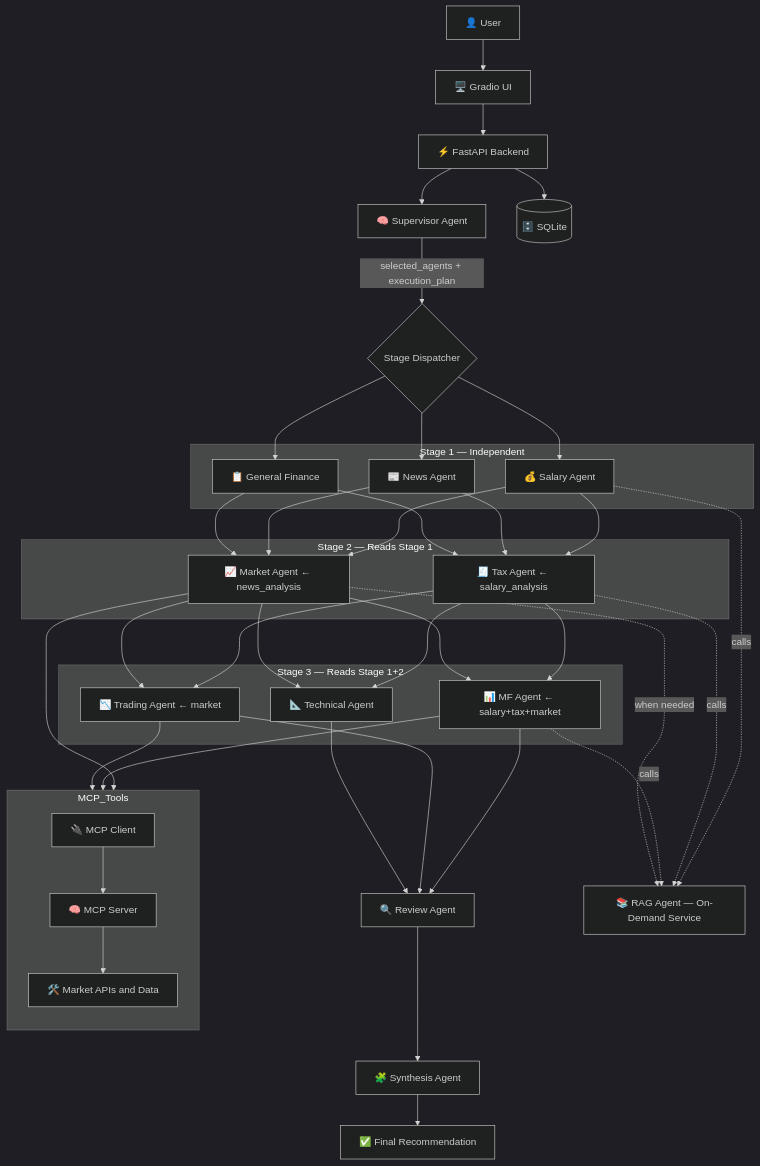
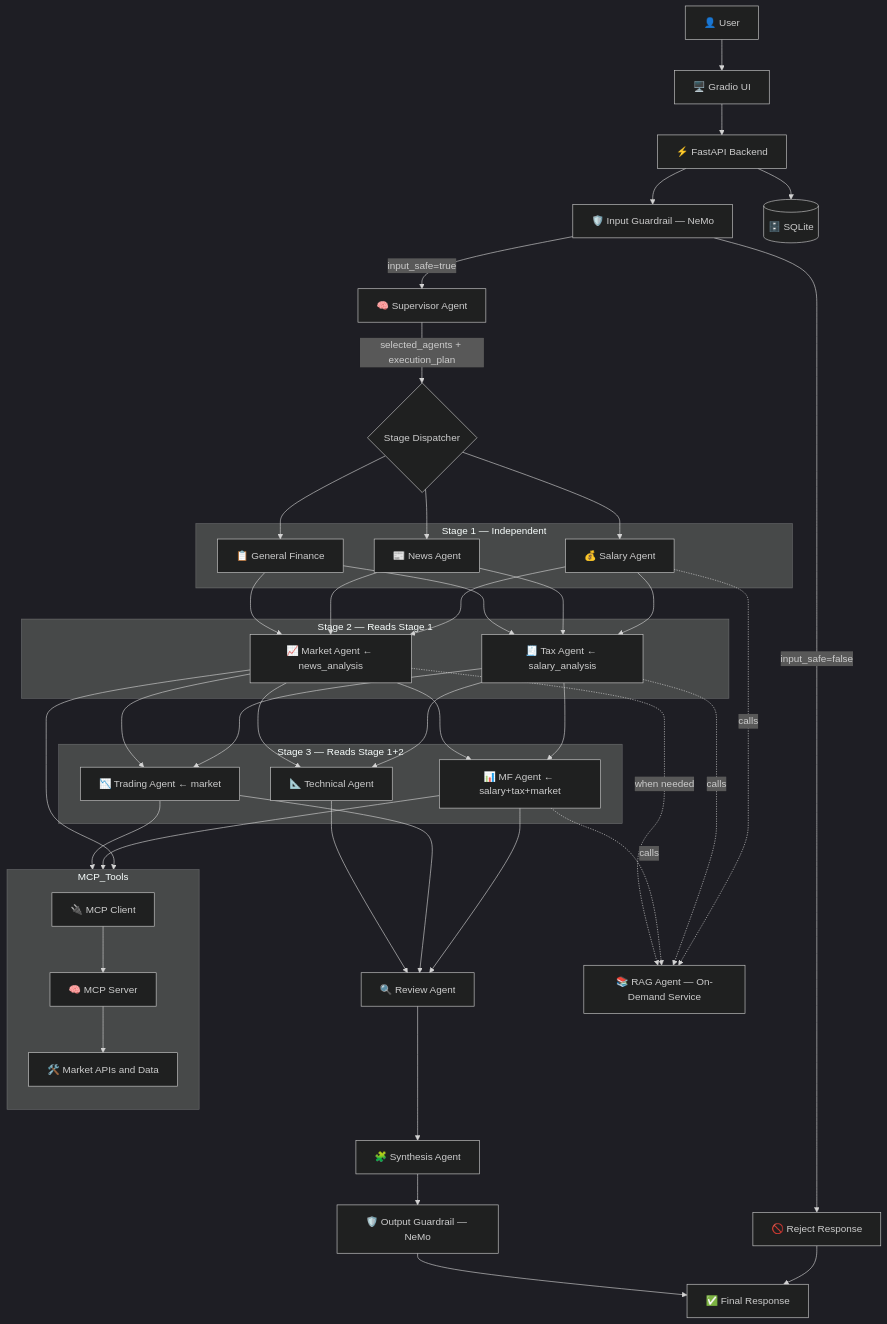
Before and after one commit to Kukilbharadwaj/FinSage-Multi-Agent-Financial-Intelligence-System: the diagram in README.md, drawn with Mermaid (dark theme). The commit also changed other lines of this file, not shown here.

Commit message:
feat: integrate NVIDIA NeMo Guardrails for input safety and output compliance into the FinSage multi-agent pipeline

````diff
--- a/README.md
+++ b/README.md
@@ -30,57 +31,62 @@
 ```mermaid
 graph TD
-    User[👤 User] --> UI[🖥️ Gradio UI]
-    UI --> API[⚡ FastAPI Backend]
-    API --> Supervisor[🧠 Supervisor Agent]
+    User["👤 User"] --> UI["🖥️ Gradio UI"]
+    UI --> API["⚡ FastAPI Backend"]
+    API --> InputGuard["🛡️ Input Guardrail — NeMo"]
+
+    InputGuard -->|"input_safe=true"| Supervisor["🧠 Supervisor Agent"]
+    InputGuard -->|"input_safe=false"| Reject["🚫 Reject Response"]
+    Reject --> Response["✅ Final Response"]
 
     Supervisor -->|"selected_agents + execution_plan"| Dispatcher{Stage Dispatcher}
 
     subgraph "Stage 1 — Independent"
-        Salary[💰 Salary Agent]
-        News[📰 News Agent]
-        GenFin[📋 General Finance]
+        Salary["💰 Salary Agent"]
+        News["📰 News Agent"]
+        GenFin["📋 General Finance"]
     end
 
     subgraph "Stage 2 — Reads Stage 1"
         Tax["🧾 Tax Agent ← salary_analysis"]
         Market["📈 Market Agent ← news_analysis"]
     end
 
     subgraph "Stage 3 — Reads Stage 1+2"
         MF["📊 MF Agent ← salary+tax+market"]
         Trading["📉 Trading Agent ← market"]
         Technical["📐 Technical Agent"]
     end
 
     Dispatcher --> Salary & News & GenFin
     Salary & News & GenFin --> Tax & Market
     Tax & Market --> MF & Trading & Technical
 
-    MF & Trading & Technical --> Review[🔍 Review Agent]
-    Review --> Synthesis[🧩 Synthesis Agent]
-    Synthesis --> Response[✅ Final Recommendation]
+    MF & Trading & Technical --> Review["🔍 Review Agent"]
+    Review --> Synthesis["🧩 Synthesis Agent"]
+    Synthesis --> OutputGuard["🛡️ Output Guardrail — NeMo"]
+    OutputGuard --> Response
 
     %% RAG ON-DEMAND
-    RAG[📚 RAG Agent — On-Demand Service]
+    RAG["📚 RAG Agent — On-Demand Service"]
     Salary -.->|calls| RAG
     Tax -.->|calls| RAG
     MF -.->|calls| RAG
     Market -.->|"when needed"| RAG
 
     %% MCP TOOLS
     subgraph MCP_Tools
         direction TB
-        MCPClient[🔌 MCP Client]
-        MCPServer[🧠 MCP Server]
-        Tools[🛠️ Market APIs and Data]
+        MCPClient["🔌 MCP Client"]
+        MCPServer["🧠 MCP Server"]
+        Tools["🛠️ Market APIs and Data"]
     end
 
     Market --> MCPClient
     MF --> MCPClient
     Trading --> MCPClient
     MCPClient --> MCPServer
     MCPServer --> Tools
 
     %% STORAGE
-    API --> DB[(🗄️ SQLite)]
+    API --> DB[("🗄️ SQLite")]
 ```
````
